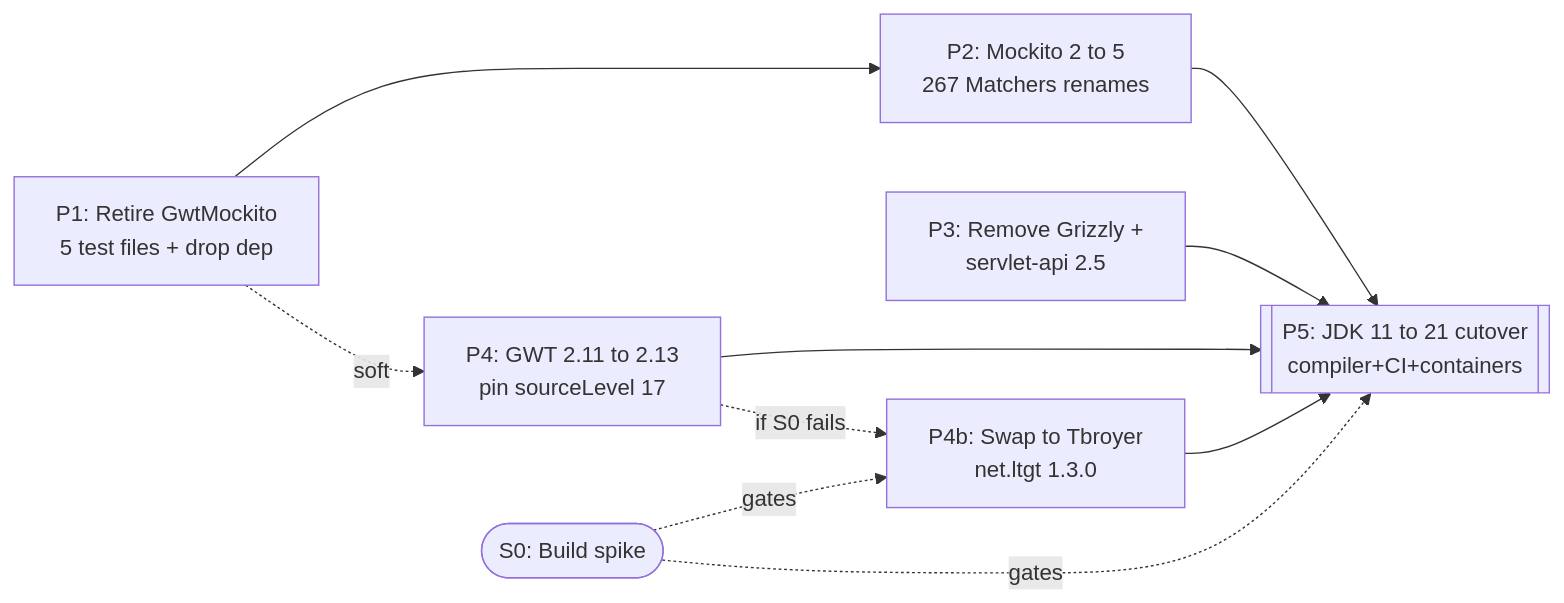
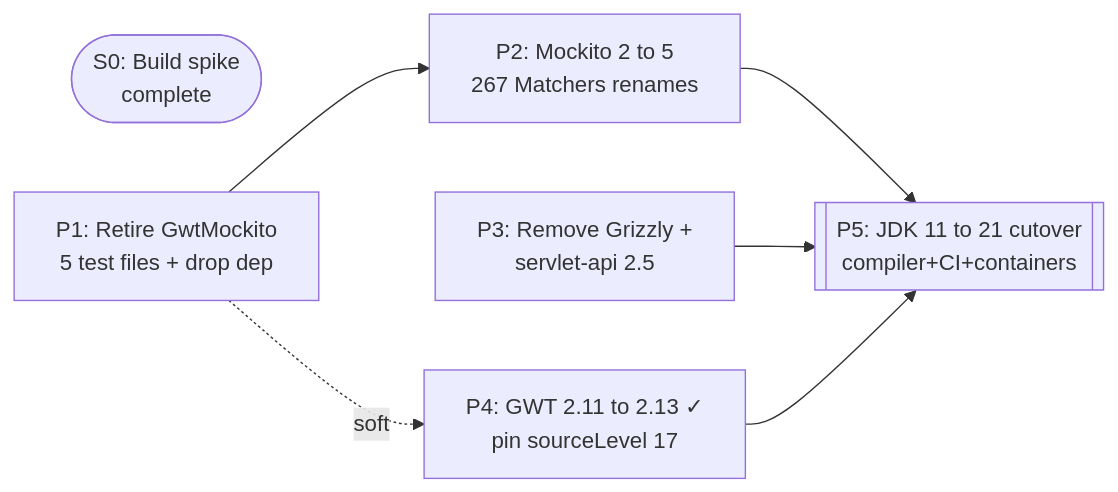
The second of 3 diagrams in MIGRATION.md (Sage-Bionetworks/SynapseWebClient), drawn with Mermaid before and after one commit. The commit also changed other lines of this file, not shown here.

First line of the commit message:
SWC-7046 - Update MIGRATION.md with S0 spike results

````diff
--- a/MIGRATION.md
+++ b/MIGRATION.md
@@ -91,18 +86,14 @@
 ```mermaid
 flowchart LR
-    S0([S0: Build spike])
+    S0([S0: Build spike<br/>complete])
     P1[P1: Retire GwtMockito<br/>5 test files + drop dep]
     P2[P2: Mockito 2 to 5<br/>267 Matchers renames]
     P3[P3: Remove Grizzly +<br/>servlet-api 2.5]
-    P4[P4: GWT 2.11 to 2.13<br/>pin sourceLevel 17]
-    P4b[P4b: Swap to Tbroyer<br/>net.ltgt 1.3.0]
+    P4[P4: GWT 2.11 to 2.13 ✓<br/>pin sourceLevel 17]
     P5[[P5: JDK 11 to 21 cutover<br/>compiler+CI+containers]]
 
     P1 --> P2 --> P5
     P3 --> P5
     P4 --> P5
     P1 -. soft .-> P4
-    P4 -. if S0 fails .-> P4b --> P5
-    S0 -. gates .-> P5
-    S0 -. gates .-> P4b
 ```
````
